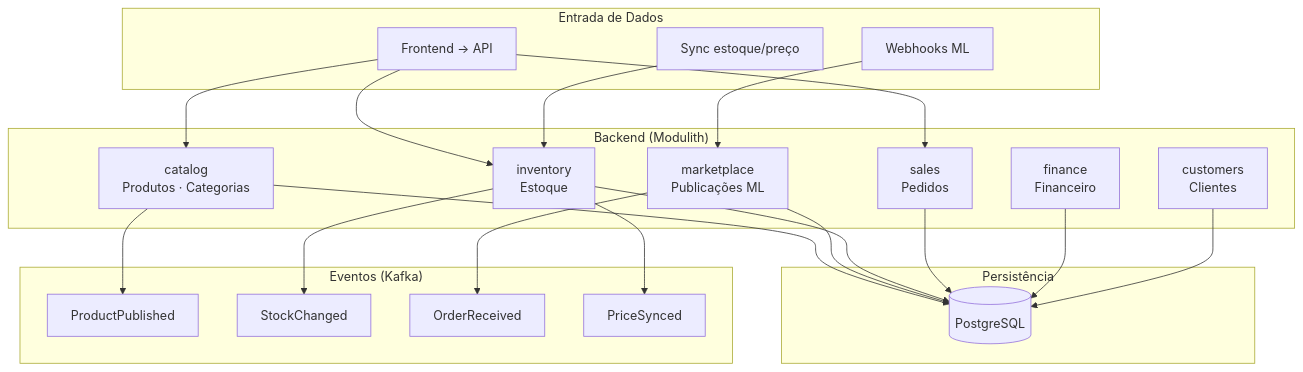
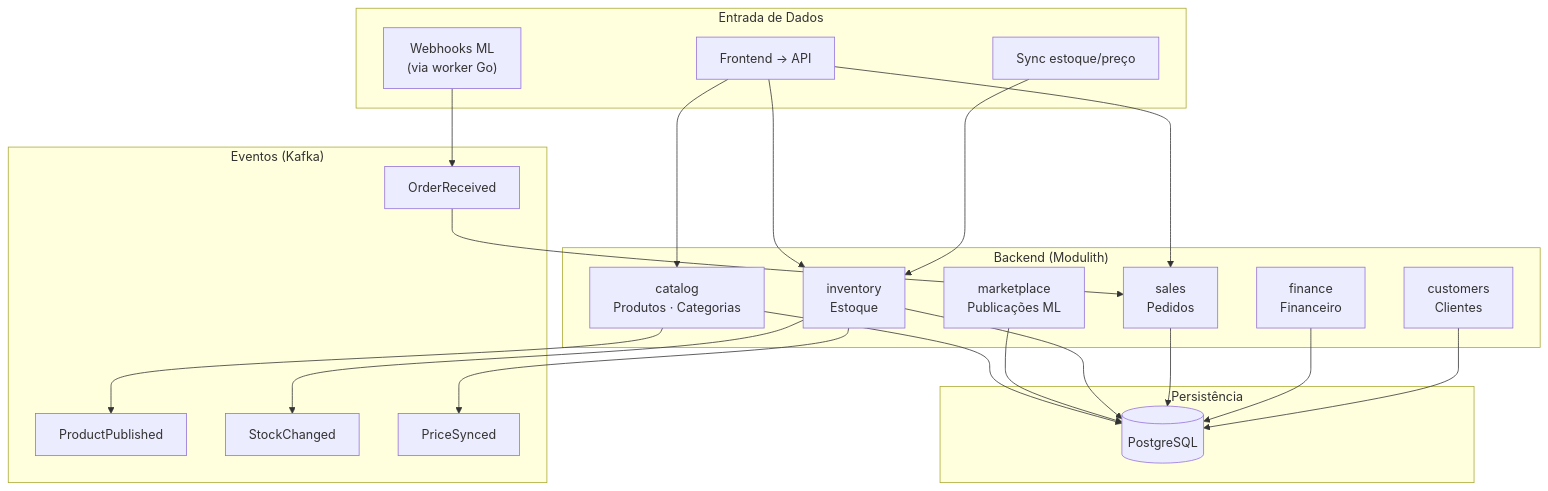
The sixth of 22 diagrams in README.md (jhowzin-dev/ERP), drawn with Mermaid before and after one commit. The commit also changed other lines of this file and 1 other file, not shown here.

````diff
--- a/README.md
+++ b/README.md
@@ -445,46 +524,46 @@
 ```mermaid
 flowchart TB
     subgraph entrada["Entrada de Dados"]
         FE_REQ["Frontend → API"]
-        ML_WH["Webhooks ML"]
+        ML_WH["Webhooks ML<br/>(via worker Go)"]
         ML_SYNC["Sync estoque/preço"]
     end
 
     subgraph backend["Backend (Modulith)"]
         CAT["catalog<br/>Produtos · Categorias"]
         MKT["marketplace<br/>Publicações ML"]
         INV["inventory<br/>Estoque"]
         SAL["sales<br/>Pedidos"]
         FIN["finance<br/>Financeiro"]
         CUST["customers<br/>Clientes"]
     end
 
     subgraph eventos["Eventos (Kafka)"]
         E1["ProductPublished"]
         E2["StockChanged"]
         E3["OrderReceived"]
         E4["PriceSynced"]
     end
 
     subgraph persist["Persistência"]
         PG[("PostgreSQL")]
     end
 
     FE_REQ --> CAT
     FE_REQ --> SAL
     FE_REQ --> INV
-    ML_WH --> MKT
+    ML_WH --> E3
+    E3 --> SAL
     ML_SYNC --> INV
 
     CAT --> E1
     INV --> E2
-    MKT --> E3
     INV --> E4
 
     CAT --> PG
     MKT --> PG
     INV --> PG
     SAL --> PG
     FIN --> PG
     CUST --> PG
 ```
````
